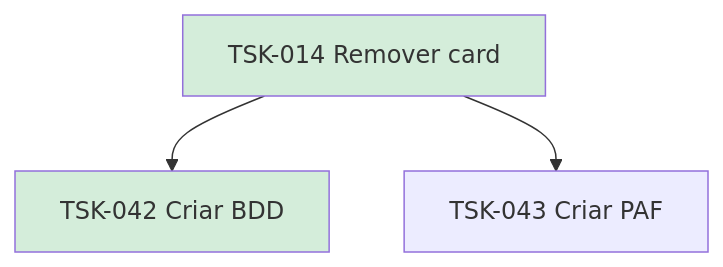
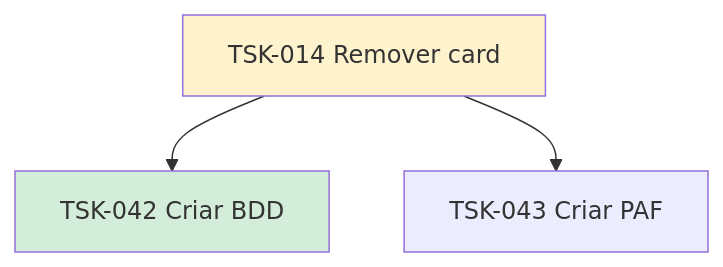
One commit to laerciogermano/workstation changed the diagram in flow/tasks/TSK-001-criar-epico/TSK-002-criar-as-historias/TSK-004-board/TSK-014-remover-card/README.md. Above: the diagram before and after it, drawn with Mermaid. The commit also changed other lines of this file and 53 other files, not shown here.

````diff
--- a/flow/tasks/TSK-001-criar-epico/TSK-002-criar-as-historias/TSK-004-board/TSK-014-remover-card/README.md
+++ b/flow/tasks/TSK-001-criar-epico/TSK-002-criar-as-historias/TSK-004-board/TSK-014-remover-card/README.md
@@ -12,10 +12,10 @@
 ```mermaid
 flowchart TD
   T014[TSK-014 Remover card]
   T042[TSK-042 Criar BDD]
   T043[TSK-043 Criar PAF]
   T014 --> T042
   T014 --> T043
-  style T014 fill:#d4edda
+  style T014 fill:#fff3cd
   style T042 fill:#d4edda
 ```
````
